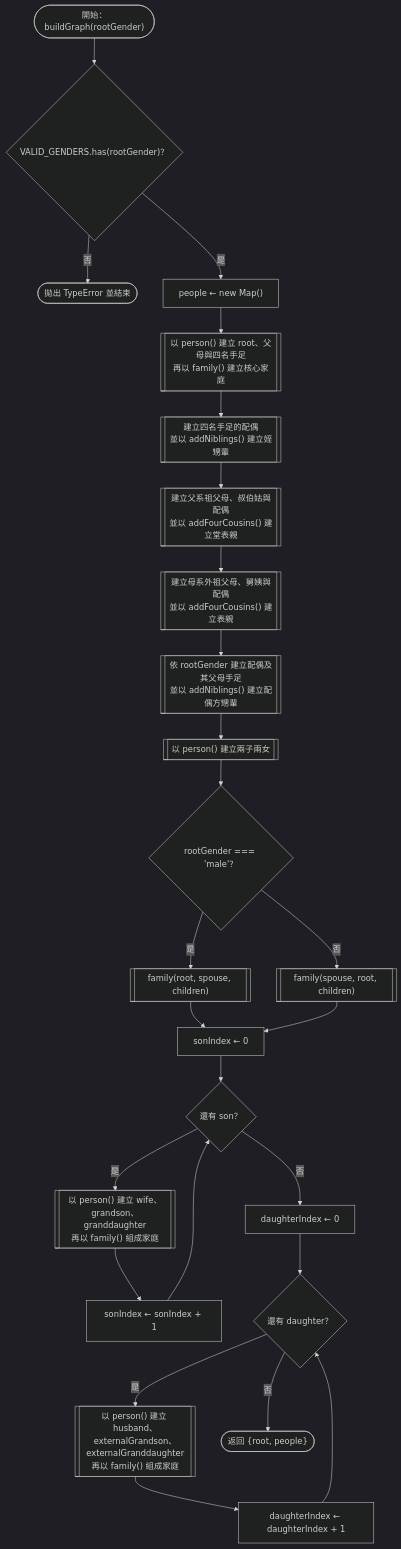
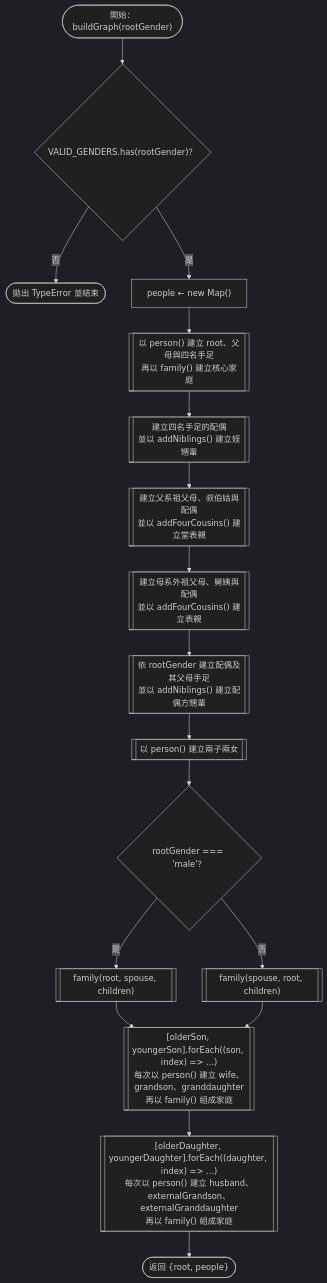
One commit to Chuen666666/hw3 changed diagram 21 of 29 in README.md. Above: the diagram before and after it, drawn with Mermaid (dark theme). The commit also changed other lines of this file, not shown here.

Commit message:
使流程圖變數與迴圈貼合原始碼

````diff
--- a/README.md
+++ b/README.md
@@ -279,27 +279,19 @@
 ```mermaid
 flowchart TD
     START(["開始：buildGraph(rootGender)"]) --> VALID{"VALID_GENDERS.has(rootGender)？"}
     VALID -- "否" --> THROW(["拋出 TypeError 並結束"])
     VALID -- "是" --> MAP["people ← new Map()"]
     MAP --> ROOT_FAMILY[["以 person() 建立 root、父母與四名手足<br/>再以 family() 建立核心家庭"]]
     ROOT_FAMILY --> SIBLING_FAMILY[["建立四名手足的配偶<br/>並以 addNiblings() 建立姪甥輩"]]
     SIBLING_FAMILY --> PATERNAL[["建立父系祖父母、叔伯姑與配偶<br/>並以 addFourCousins() 建立堂表親"]]
     PATERNAL --> MATERNAL[["建立母系外祖父母、舅姨與配偶<br/>並以 addFourCousins() 建立表親"]]
     MATERNAL --> SPOUSE_FAMILY[["依 rootGender 建立配偶及其父母手足<br/>並以 addNiblings() 建立配偶方甥輩"]]
     SPOUSE_FAMILY --> CHILDREN[["以 person() 建立兩子兩女"]]
     CHILDREN --> ROOT_GENDER{"rootGender === 'male'？"}
     ROOT_GENDER -- "是" --> FAMILY_MALE[["family(root, spouse, children)"]]
     ROOT_GENDER -- "否" --> FAMILY_FEMALE[["family(spouse, root, children)"]]
-    FAMILY_MALE --> SON_INDEX["sonIndex ← 0"]
-    FAMILY_FEMALE --> SON_INDEX
-    SON_INDEX --> SON_LOOP{"還有 son？"}
-    SON_LOOP -- "是" --> SON_FAMILY[["以 person() 建立 wife、grandson、granddaughter<br/>再以 family() 組成家庭"]]
-    SON_FAMILY --> SON_NEXT["sonIndex ← sonIndex + 1"]
-    SON_NEXT --> SON_LOOP
-    SON_LOOP -- "否" --> DAUGHTER_INDEX["daughterIndex ← 0"]
-    DAUGHTER_INDEX --> DAUGHTER_LOOP{"還有 daughter？"}
-    DAUGHTER_LOOP -- "是" --> DAUGHTER_FAMILY[["以 person() 建立 husband、externalGrandson、externalGranddaughter<br/>再以 family() 組成家庭"]]
-    DAUGHTER_FAMILY --> DAUGHTER_NEXT["daughterIndex ← daughterIndex + 1"]
-    DAUGHTER_NEXT --> DAUGHTER_LOOP
-    DAUGHTER_LOOP -- "否" --> RETURN(["返回 {root, people}"])
+    FAMILY_MALE --> SONS[["[olderSon, youngerSon].forEach((son, index) => ...)<br/>每次以 person() 建立 wife、grandson、granddaughter<br/>再以 family() 組成家庭"]]
+    FAMILY_FEMALE --> SONS
+    SONS --> DAUGHTERS[["[olderDaughter, youngerDaughter].forEach((daughter, index) => ...)<br/>每次以 person() 建立 husband、externalGrandson、externalGranddaughter<br/>再以 family() 組成家庭"]]
+    DAUGHTERS --> RETURN(["返回 {root, people}"])
 ```
````
